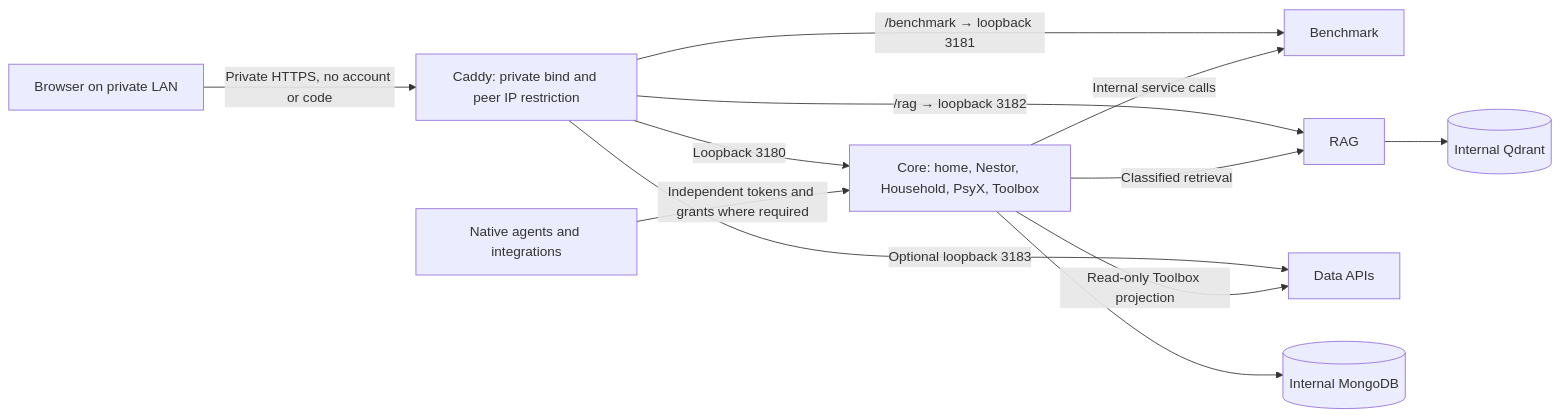
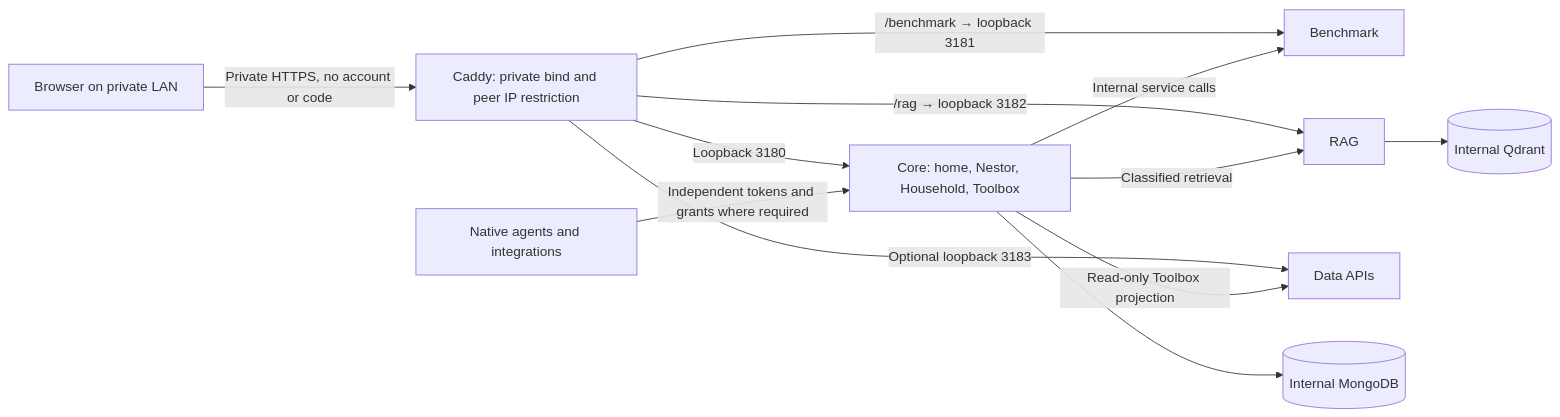
The diagram in docs/PARENTAL_ACCESS.md (WindriderQc/AgentX), drawn with Mermaid before and after one commit. The commit also changed other lines of this file and 143 other files, not shown here.

````diff
--- a/docs/PARENTAL_ACCESS.md
+++ b/docs/PARENTAL_ACCESS.md
@@ -54,14 +54,14 @@
 ```mermaid
 flowchart LR
     Human[Browser on private LAN] -->|Private HTTPS, no account or code| Gateway[Caddy: private bind and peer IP restriction]
-    Gateway -->|Loopback 3180| Core[Core: home, Nestor, Household, PsyX, Toolbox]
+    Gateway -->|Loopback 3180| Core[Core: home, Nestor, Household, Toolbox]
     Gateway -->|"/benchmark → loopback 3181"| Benchmark[Benchmark]
     Gateway -->|"/rag → loopback 3182"| RAG[RAG]
     Gateway -->|Optional loopback 3183| Data[Data APIs]
     Core -->|Internal service calls| Benchmark
     Core -->|Classified retrieval| RAG
     Core -->|Read-only Toolbox projection| Data
     Native[Native agents and integrations] -->|Independent tokens and grants where required| Core
     Core --> Mongo[(Internal MongoDB)]
     RAG --> Qdrant[(Internal Qdrant)]
 ```
````
